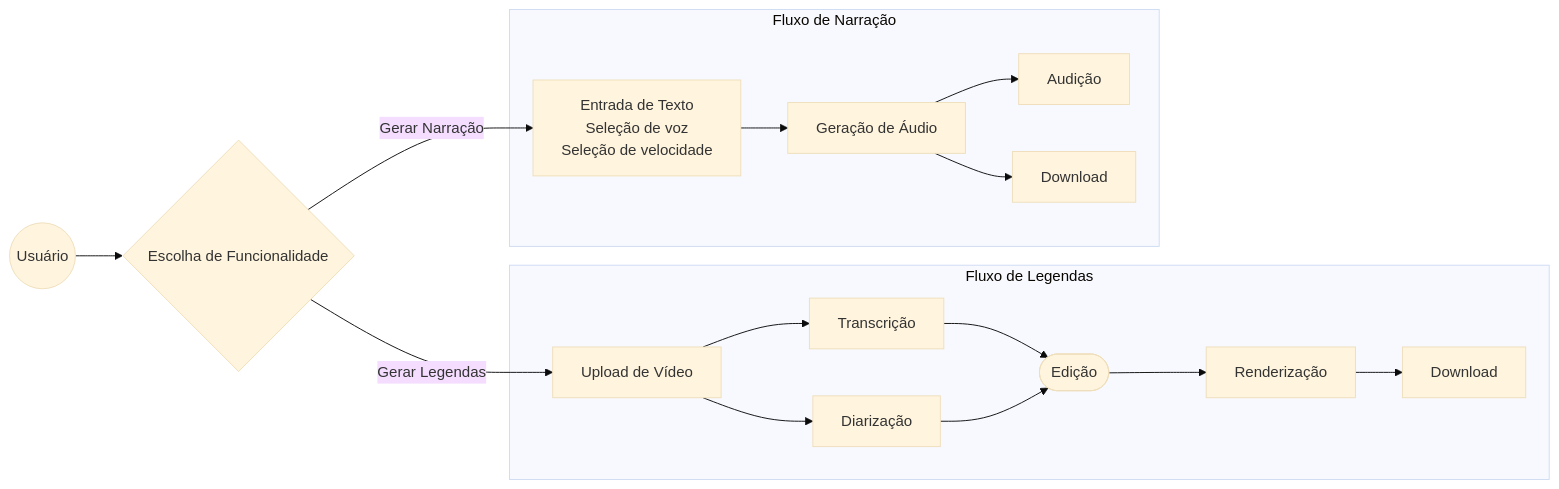
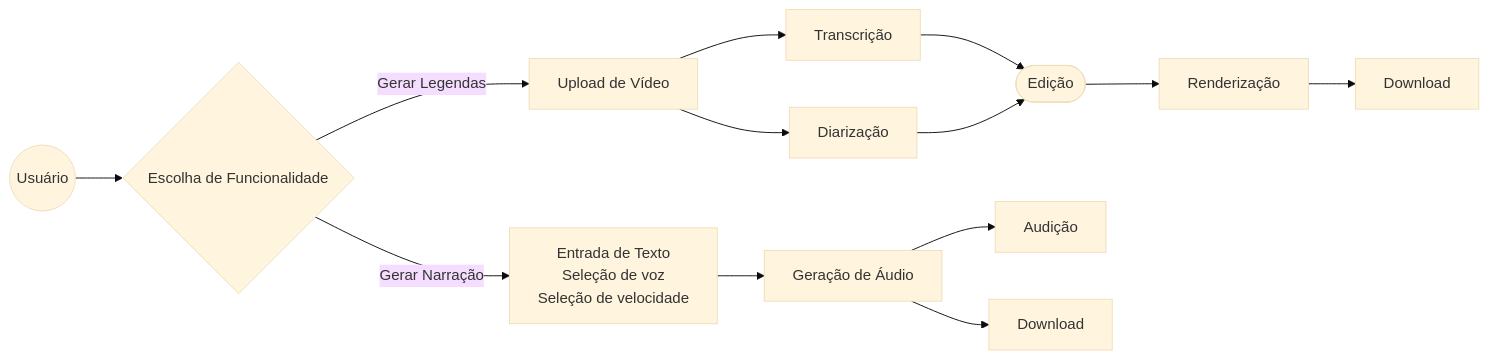
Before and after one commit to lucaschr21/multimidia: the diagram in README.md, drawn with Mermaid (base theme). The commit also changed other lines of this file, not shown here.

Commit message:
refactor: atualiza diagrama

````diff
--- a/README.md
+++ b/README.md
@@ -34,20 +34,16 @@
 ```mermaid
 flowchart LR
     A((Usuário)) --> B{Escolha de Funcionalidade} -- "Gerar Legendas" --> L1[Upload de Vídeo]
     B -- "Gerar Narração" --> N1["`Entrada de Texto
     Seleção de voz
     Seleção de velocidade`"]
-    subgraph "Fluxo de Legendas"
-        L1 --> L2[Transcrição]
-        L1 --> L3[Diarização]
-        L2 & L3 --> L4([Edição])
-        L4 --> L5[Renderização]
-        L5 --> L6[Download]
-    end
+    L1 --> L2[Transcrição]
+    L1 --> L3[Diarização]
+    L2 & L3 --> L4([Edição])
+    L4 --> L5[Renderização]
+    L5 --> L6[Download]
 
-    subgraph "Fluxo de Narração"
-        N1 --> N2[Geração de Áudio]
-        N2 --> N3[Audição]
-        N2 --> N4[Download]
-    end
+    N1 --> N2[Geração de Áudio]
+    N2 --> N3[Audição]
+    N2 --> N4[Download]
 ```
````
